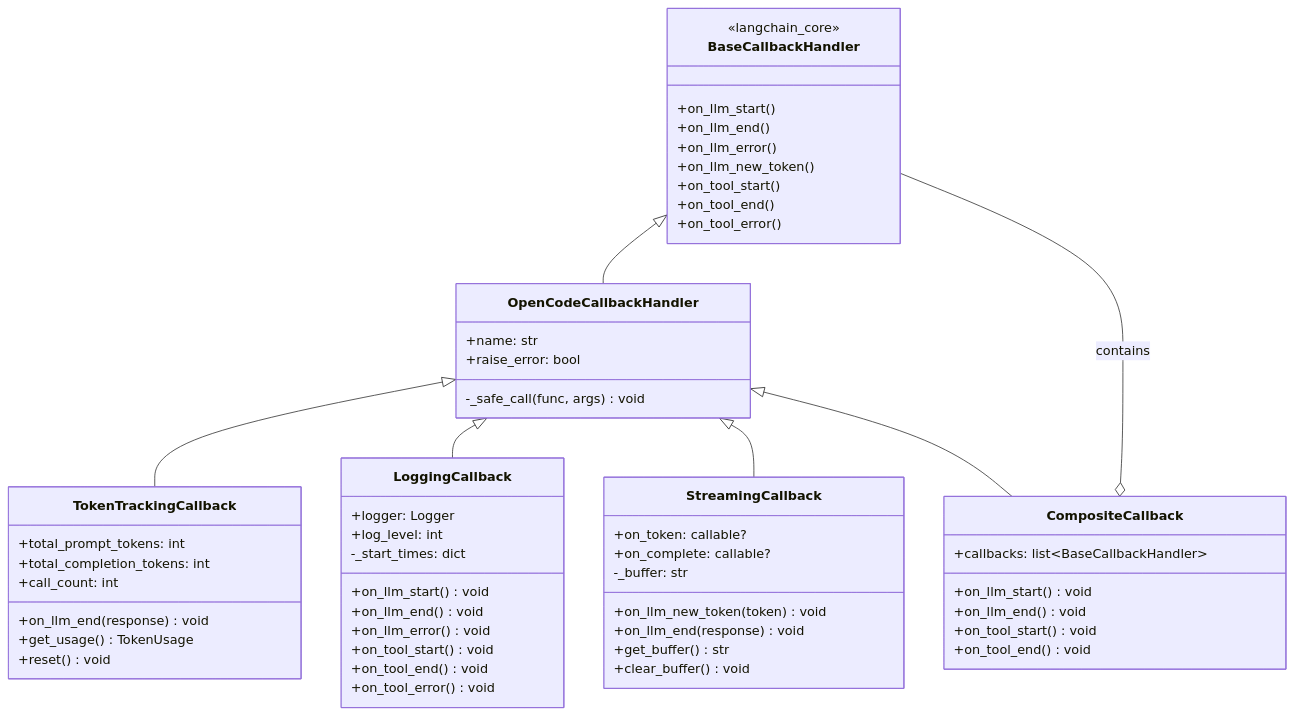
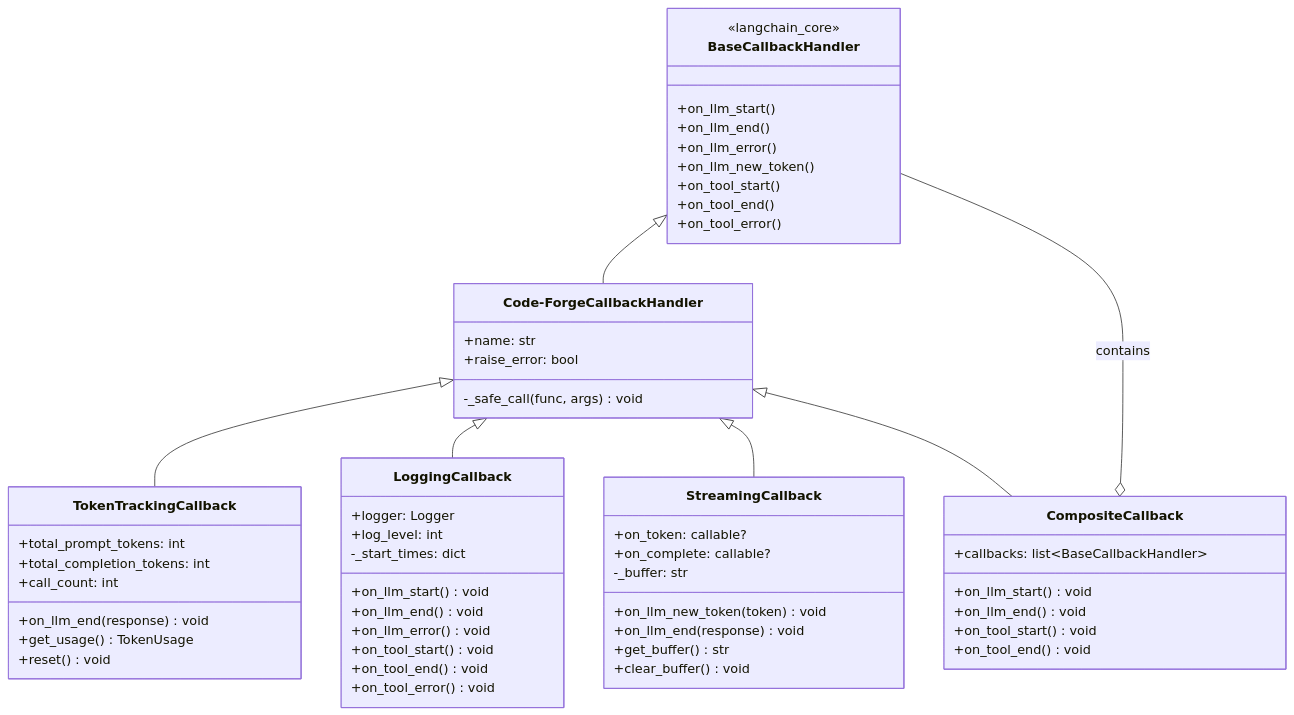
The third of 14 diagrams in .ai/phase/3.2/UML.md (corey-rosamond/Code-Forge), drawn with Mermaid before and after one commit. The commit also changed other lines of this file and 505 other files, not shown here.

First line of the commit message:
Rename project from OpenCode to Code-Forge

````diff
--- a/.ai/phase/3.2/UML.md
+++ b/.ai/phase/3.2/UML.md
@@ -146,65 +146,65 @@
 ```mermaid
 classDiagram
     class BaseCallbackHandler {
         <<langchain_core>>
         +on_llm_start()
         +on_llm_end()
         +on_llm_error()
         +on_llm_new_token()
         +on_tool_start()
         +on_tool_end()
         +on_tool_error()
     }
 
-    class OpenCodeCallbackHandler {
+    class Code-ForgeCallbackHandler {
         +name: str
         +raise_error: bool
         -_safe_call(func, args) void
     }
 
     class TokenTrackingCallback {
         +total_prompt_tokens: int
         +total_completion_tokens: int
         +call_count: int
         +on_llm_end(response) void
         +get_usage() TokenUsage
         +reset() void
     }
 
     class LoggingCallback {
         +logger: Logger
         +log_level: int
         -_start_times: dict
         +on_llm_start() void
         +on_llm_end() void
         +on_llm_error() void
         +on_tool_start() void
         +on_tool_end() void
         +on_tool_error() void
     }
 
     class StreamingCallback {
         +on_token: callable?
         +on_complete: callable?
         -_buffer: str
         +on_llm_new_token(token) void
         +on_llm_end(response) void
         +get_buffer() str
         +clear_buffer() void
     }
 
     class CompositeCallback {
         +callbacks: list~BaseCallbackHandler~
         +on_llm_start() void
         +on_llm_end() void
         +on_tool_start() void
         +on_tool_end() void
     }
 
-    BaseCallbackHandler <|-- OpenCodeCallbackHandler
-    OpenCodeCallbackHandler <|-- TokenTrackingCallback
-    OpenCodeCallbackHandler <|-- LoggingCallback
-    OpenCodeCallbackHandler <|-- StreamingCallback
-    OpenCodeCallbackHandler <|-- CompositeCallback
+    BaseCallbackHandler <|-- Code-ForgeCallbackHandler
+    Code-ForgeCallbackHandler <|-- TokenTrackingCallback
+    Code-ForgeCallbackHandler <|-- LoggingCallback
+    Code-ForgeCallbackHandler <|-- StreamingCallback
+    Code-ForgeCallbackHandler <|-- CompositeCallback
     CompositeCallback o-- BaseCallbackHandler : contains
 ```
````
